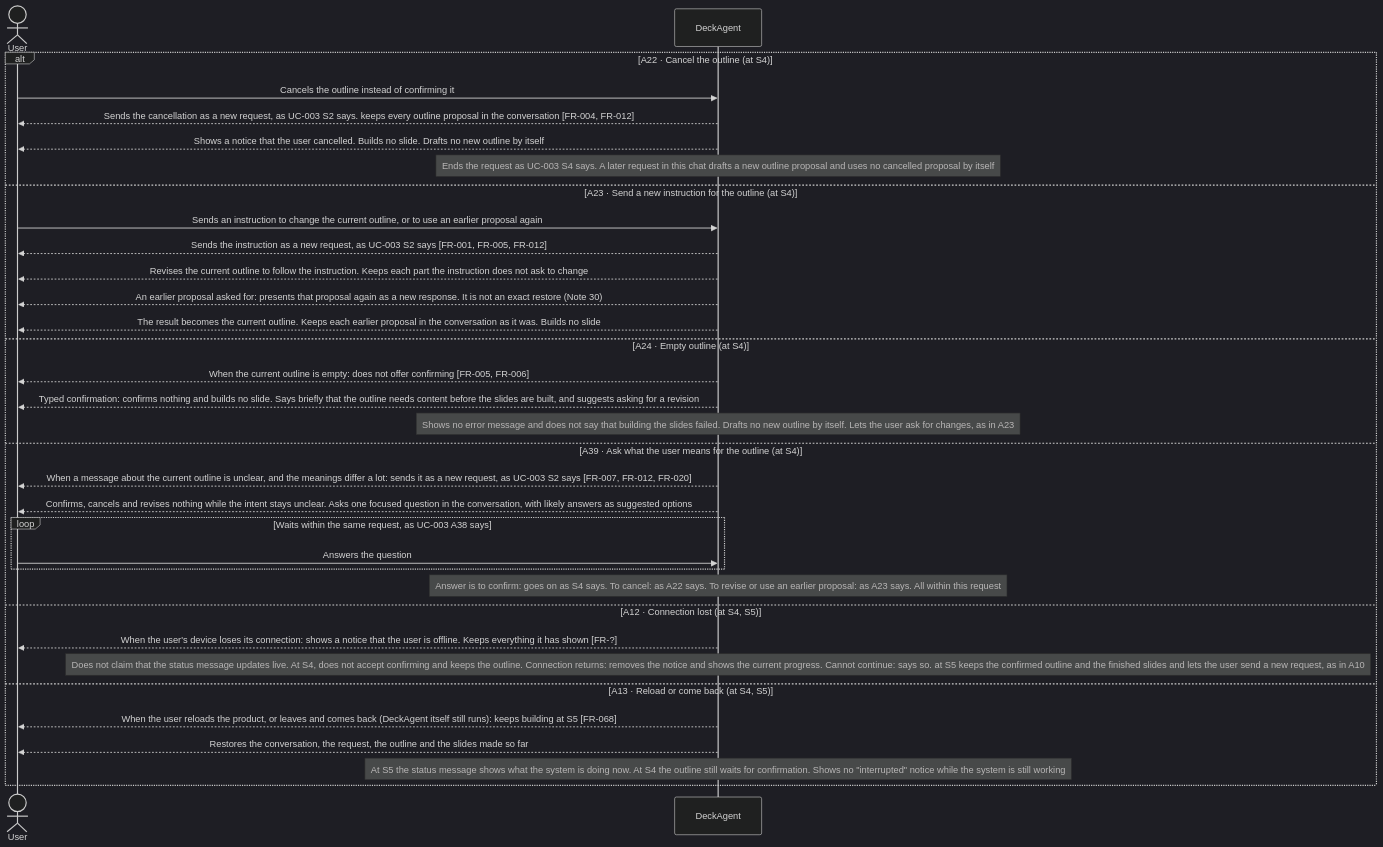
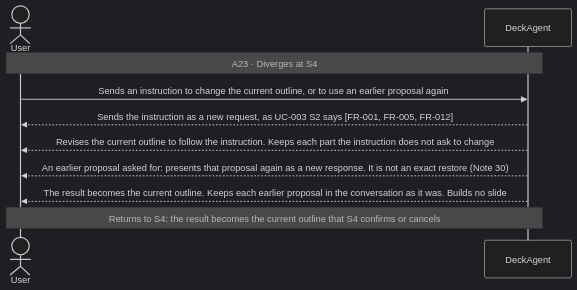
Diagram 12 of 23 in docs/spec/03-use-cases/UC-001.md (Luke23127006/DeckAgent), drawn with Mermaid (dark theme) before and after one commit. The commit also changed other lines of this file and 25 other files, not shown here.

Commit message:
docs(spec): restructure use cases with main flow first

````diff
--- a/docs/spec/03-use-cases/UC-001.md
+++ b/docs/spec/03-use-cases/UC-001.md
@@ -136,35 +220,12 @@
 ```mermaid
 sequenceDiagram
     actor User
     participant DeckAgent
-    alt A22 · Cancel the outline (at S4)
-        User->>DeckAgent: Cancels the outline instead of confirming it
-        DeckAgent-->>User: Sends the cancellation as a new request, as UC-003 S2 says. keeps every outline proposal in the conversation [FR-004, FR-012]
-        DeckAgent-->>User: Shows a notice that the user cancelled. Builds no slide. Drafts no new outline by itself
-        note over DeckAgent: Ends the request as UC-003 S4 says. A later request in this chat drafts a new outline proposal and uses no cancelled proposal by itself
-    else A23 · Send a new instruction for the outline (at S4)
-        User->>DeckAgent: Sends an instruction to change the current outline, or to use an earlier proposal again
-        DeckAgent-->>User: Sends the instruction as a new request, as UC-003 S2 says [FR-001, FR-005, FR-012]
-        DeckAgent-->>User: Revises the current outline to follow the instruction. Keeps each part the instruction does not ask to change
-        DeckAgent-->>User: An earlier proposal asked for: presents that proposal again as a new response. It is not an exact restore (Note 30)
-        DeckAgent-->>User: The result becomes the current outline. Keeps each earlier proposal in the conversation as it was. Builds no slide
-    else A24 · Empty outline (at S4)
-        DeckAgent-->>User: When the current outline is empty: does not offer confirming [FR-005, FR-006]
-        DeckAgent-->>User: Typed confirmation: confirms nothing and builds no slide. Says briefly that the outline needs content before the slides are built, and suggests asking for a revision
-        note over DeckAgent: Shows no error message and does not say that building the slides failed. Drafts no new outline by itself. Lets the user ask for changes, as in A23
-    else A39 · Ask what the user means for the outline (at S4)
-        DeckAgent-->>User: When a message about the current outline is unclear, and the meanings differ a lot: sends it as a new request, as UC-003 S2 says [FR-007, FR-012, FR-020]
-        DeckAgent-->>User: Confirms, cancels and revises nothing while the intent stays unclear. Asks one focused question in the conversation, with likely answers as suggested options
-        loop Waits within the same request, as UC-003 A38 says
-            User->>DeckAgent: Answers the question
-        end
-        note over DeckAgent: Answer is to confirm: goes on as S4 says. To cancel: as A22 says. To revise or use an earlier proposal: as A23 says. All within this request
-    else A12 · Connection lost (at S4, S5)
-        DeckAgent-->>User: When the user's device loses its connection: shows a notice that the user is offline. Keeps everything it has shown [FR-?]
-        note over DeckAgent: Does not claim that the status message updates live. At S4, does not accept confirming and keeps the outline. Connection returns: removes the notice and shows the current progress. Cannot continue: says so. at S5 keeps the confirmed outline and the finished slides and lets the user send a new request, as in A10
-    else A13 · Reload or come back (at S4, S5)
-        DeckAgent-->>User: When the user reloads the product, or leaves and comes back (DeckAgent itself still runs): keeps building at S5 [FR-068]
-        DeckAgent-->>User: Restores the conversation, the request, the outline and the slides made so far
-        note over DeckAgent: At S5 the status message shows what the system is doing now. At S4 the outline still waits for confirmation. Shows no "interrupted" notice while the system is still working
-    end
+    Note over User,DeckAgent: A23 · Diverges at S4
+    User->>DeckAgent: Sends an instruction to change the current outline, or to use an earlier proposal again
+    DeckAgent-->>User: Sends the instruction as a new request, as UC-003 S2 says [FR-001, FR-005, FR-012]
+    DeckAgent-->>User: Revises the current outline to follow the instruction. Keeps each part the instruction does not ask to change
+    DeckAgent-->>User: An earlier proposal asked for: presents that proposal again as a new response. It is not an exact restore (Note 30)
+    DeckAgent-->>User: The result becomes the current outline. Keeps each earlier proposal in the conversation as it was. Builds no slide
+    Note over User,DeckAgent: Returns to S4: the result becomes the current outline that S4 confirms or cancels
 ```
````
